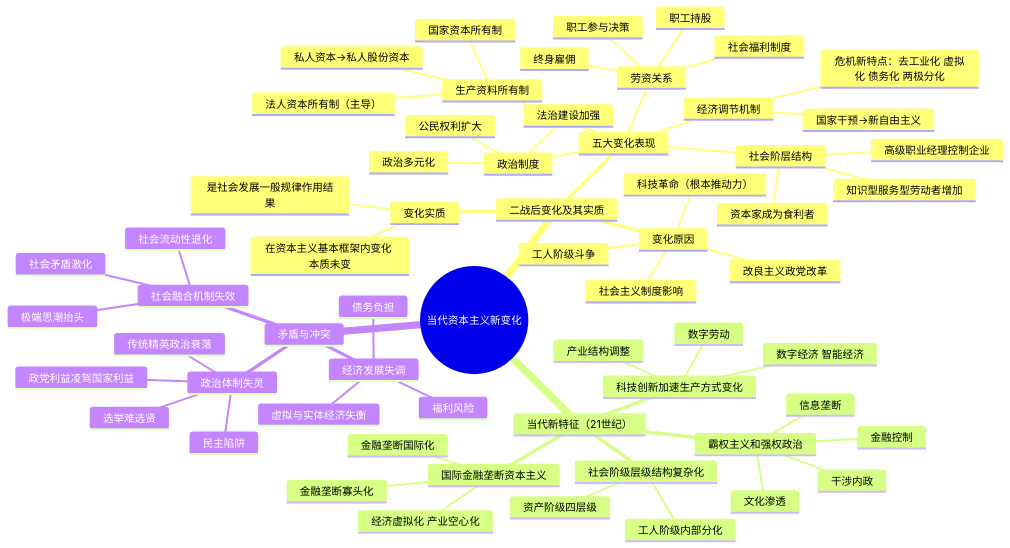
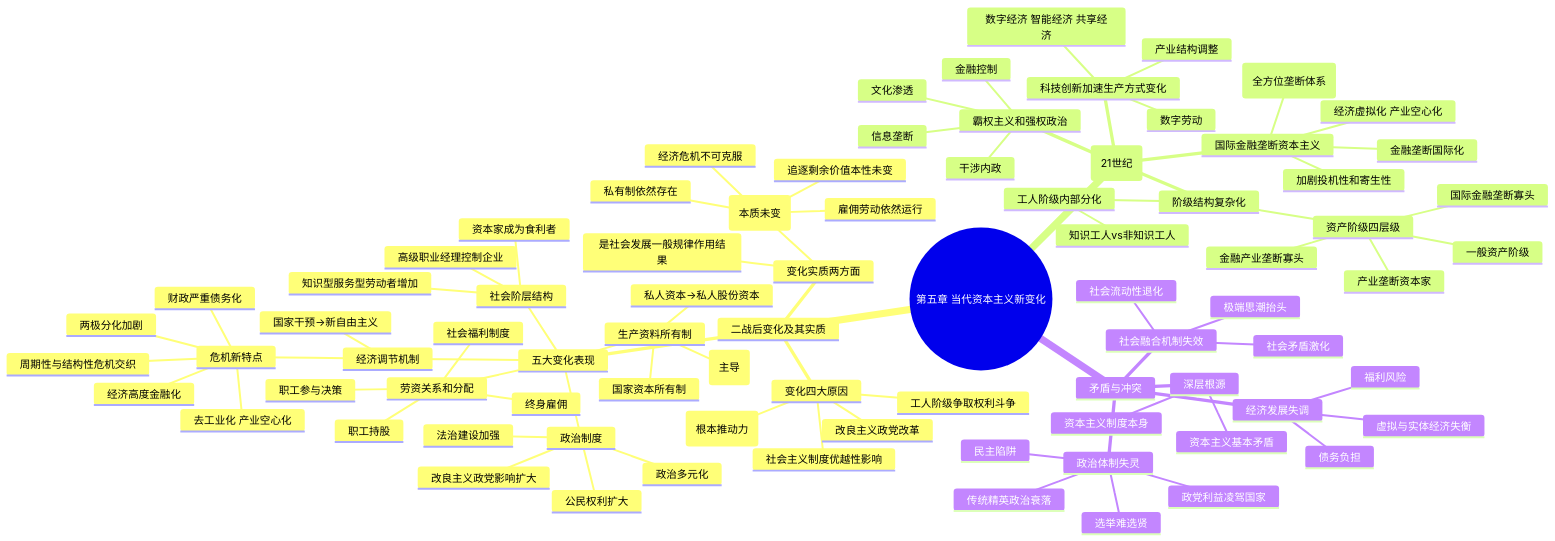
Before and after one commit to daoxiang0520/note: the diagram in Attachments/马克思主义原理/notes/ch5-当代资本主义新变化.md, drawn with Mermaid. The commit also changed other lines of this file and 11 other files, not shown here.

````diff
--- a/Attachments/马克思主义原理/notes/ch5-当代资本主义新变化.md
+++ b/Attachments/马克思主义原理/notes/ch5-当代资本主义新变化.md
@@ -79,13 +233,13 @@
 ```mermaid
 mindmap
-  root((当代资本主义新变化))
+  root((第五章 当代资本主义新变化))
     二战后变化及其实质
       五大变化表现
         生产资料所有制
           私人资本→私人股份资本
           国家资本所有制
-          法人资本所有制（主导）
-        劳资关系
+          法人资本所有制(主导)
+        劳资关系和分配
           职工参与决策
           终身雇佣
           职工持股
@@ -96,31 +250,47 @@
           知识型服务型劳动者增加
         经济调节机制
           国家干预→新自由主义
-          危机新特点：去工业化 虚拟化 债务化 两极分化
+          危机新特点
+            去工业化 产业空心化
+            经济高度金融化
+            财政严重债务化
+            两极分化加剧
+            周期性与结构性危机交织
         政治制度
           政治多元化
           公民权利扩大
           法治建设加强
-      变化原因
-        科技革命（根本推动力）
-        工人阶级斗争
-        社会主义制度影响
+          改良主义政党影响扩大
+      变化四大原因
+        科技革命和生产力发展(根本推动力)
+        工人阶级争取权利斗争
+        社会主义制度优越性影响
         改良主义政党改革
-      变化实质
+      变化实质两方面
         是社会发展一般规律作用结果
-        在资本主义基本框架内变化 本质未变
-    当代新特征（21世纪）
+        在资本主义框架内变化(本质未变)
+          私有制依然存在
+          雇佣劳动依然运行
+          追逐剩余价值本性未变
+          经济危机不可克服
+    当代新特征(21世纪)
       科技创新加速生产方式变化
         产业结构调整
         数字劳动
-        数字经济 智能经济
+        数字经济 智能经济 共享经济
       国际金融垄断资本主义
-        金融垄断寡头化
+        金融垄断寡头化(全方位垄断体系)
         金融垄断国际化
         经济虚拟化 产业空心化
-      社会阶级层级结构复杂化
+        加剧投机性和寄生性
+      阶级结构复杂化
         资产阶级四层级
+          国际金融垄断寡头
+          金融产业垄断寡头
+          产业垄断资本家
+          一般资产阶级
         工人阶级内部分化
+          知识工人vs非知识工人
       霸权主义和强权政治
         金融控制
         文化渗透
@@ -133,11 +303,14 @@
         债务负担
       政治体制失灵
         选举难选贤
-        政党利益凌驾国家利益
+        政党利益凌驾国家
         民主陷阱
         传统精英政治衰落
       社会融合机制失效
         极端思潮抬头
         社会流动性退化
         社会矛盾激化
+      深层根源
+        资本主义制度本身
+        资本主义基本矛盾
 ```
````
